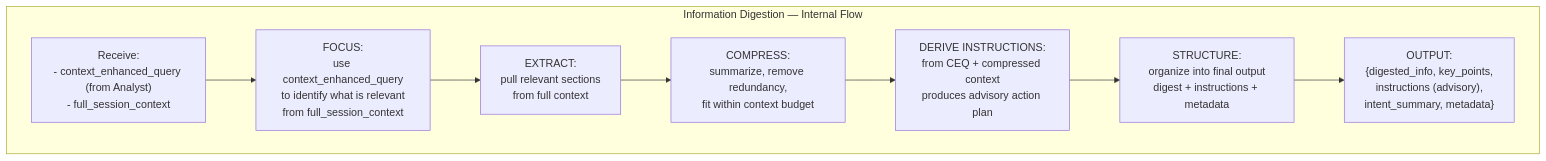
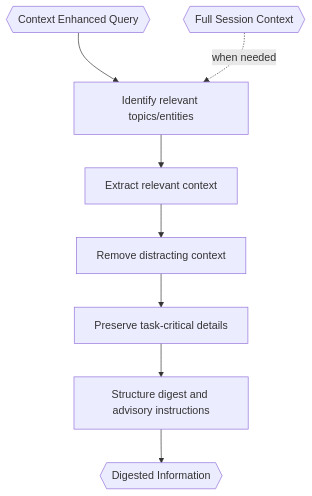
The diagram in src/tinycua/docs/architecture/information-digestion.md (VJyzCELERY/TINYCUA), drawn with Mermaid before and after one commit. The commit also changed other lines of this file and 12 other files, not shown here.

Commit message:
docs(architecture): update with context-decomposition thesis and revised contracts

````diff
--- a/src/tinycua/docs/architecture/information-digestion.md
+++ b/src/tinycua/docs/architecture/information-digestion.md
@@ -50,25 +52,19 @@
 ```mermaid
 flowchart TD
-    subgraph ID_LOOP["Information Digestion — Internal Flow"]
-        RECEIVE["Receive:\n- context_enhanced_query (from Analyst)\n- full_session_context"]
-        
-        FOCUS["FOCUS:\nuse context_enhanced_query\nto identify what is relevant\nfrom full_session_context"]
-        
-        EXTRACT["EXTRACT:\npull relevant sections\nfrom full context"]
-        
-        COMPRESS["COMPRESS:\nsummarize, remove redundancy,\nfit within context budget"]
-        
-        DERIVE_INSTR["DERIVE INSTRUCTIONS:\nfrom CEQ + compressed context\nproduces advisory action plan"]
-        
-        STRUCTURE["STRUCTURE:\norganize into final output\ndigest + instructions + metadata"]
-        
-        OUTPUT["OUTPUT:\n{digested_info, key_points,\n instructions (advisory),\n intent_summary, metadata}"]
-    end
+    CEQ{{"Context Enhanced Query"}}
+    FSC{{"Full Session Context"}}
+    FOCUS["Identify relevant topics/entities"]
+    EXTRACT["Extract relevant context"]
+    FILTER["Remove distracting context"]
+    PRESERVE["Preserve task-critical details"]
+    STRUCTURE["Structure digest and advisory instructions"]
+    DI{{"Digested Information"}}
 
-    RECEIVE --> FOCUS
+    CEQ --> FOCUS
+    FSC -. "when needed" .-> FOCUS
     FOCUS --> EXTRACT
-    EXTRACT --> COMPRESS
-    COMPRESS --> DERIVE_INSTR
-    DERIVE_INSTR --> STRUCTURE
-    STRUCTURE --> OUTPUT
+    EXTRACT --> FILTER
+    FILTER --> PRESERVE
+    PRESERVE --> STRUCTURE
+    STRUCTURE --> DI
 ```
````
